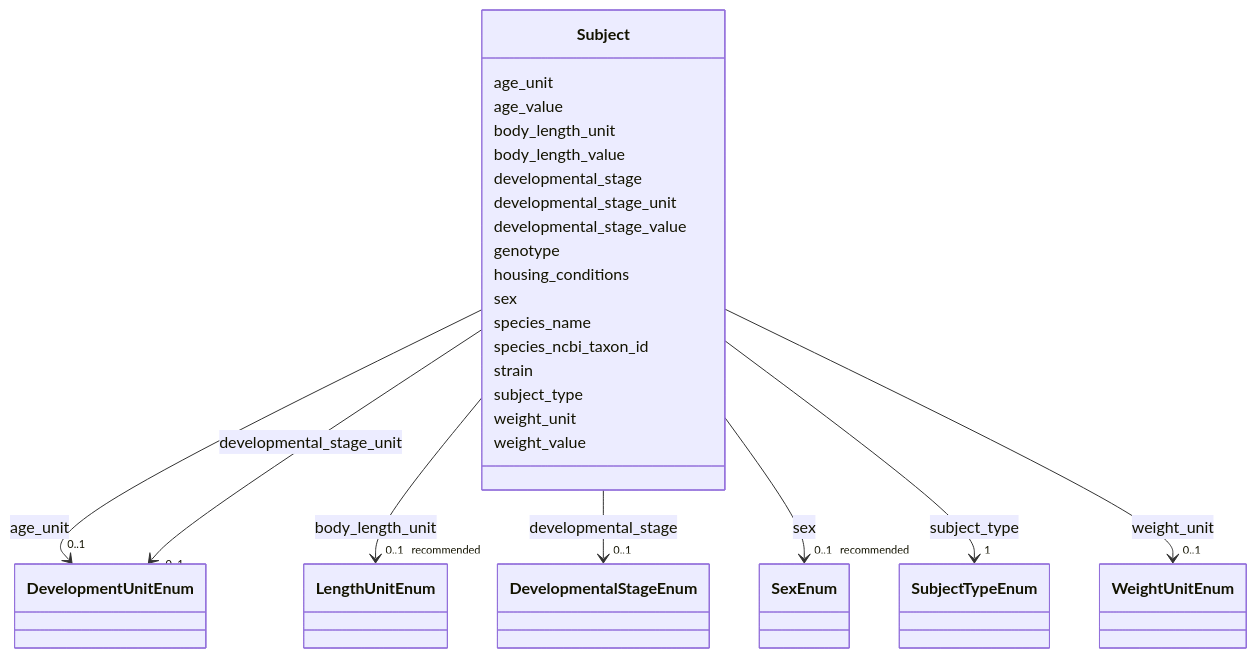
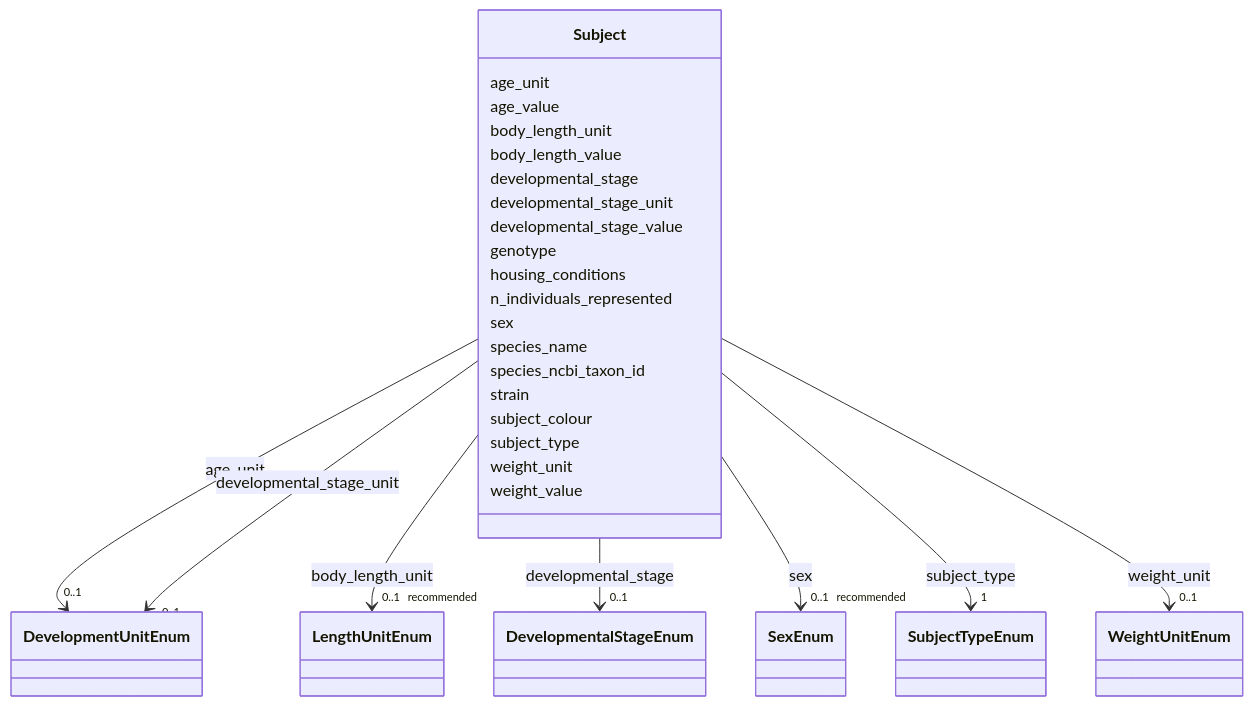
One commit to Helmholtz-UFZ/BeStMeta changed the diagram in docs/Subject.md. Above: the diagram before and after it, drawn with Mermaid. The commit also changed other lines of this file and 30 other files, not shown here.

```diff
--- a/docs/Subject.md
+++ b/docs/Subject.md
@@ -78,6 +78,8 @@
         
       Subject : housing_conditions
         
+      Subject : n_individuals_represented
+        
       Subject : sex
         
           
@@ -94,6 +96,8 @@
       Subject : species_ncbi_taxon_id
         
       Subject : strain
+        
+      Subject : subject_colour
         
       Subject : subject_type
         
```
